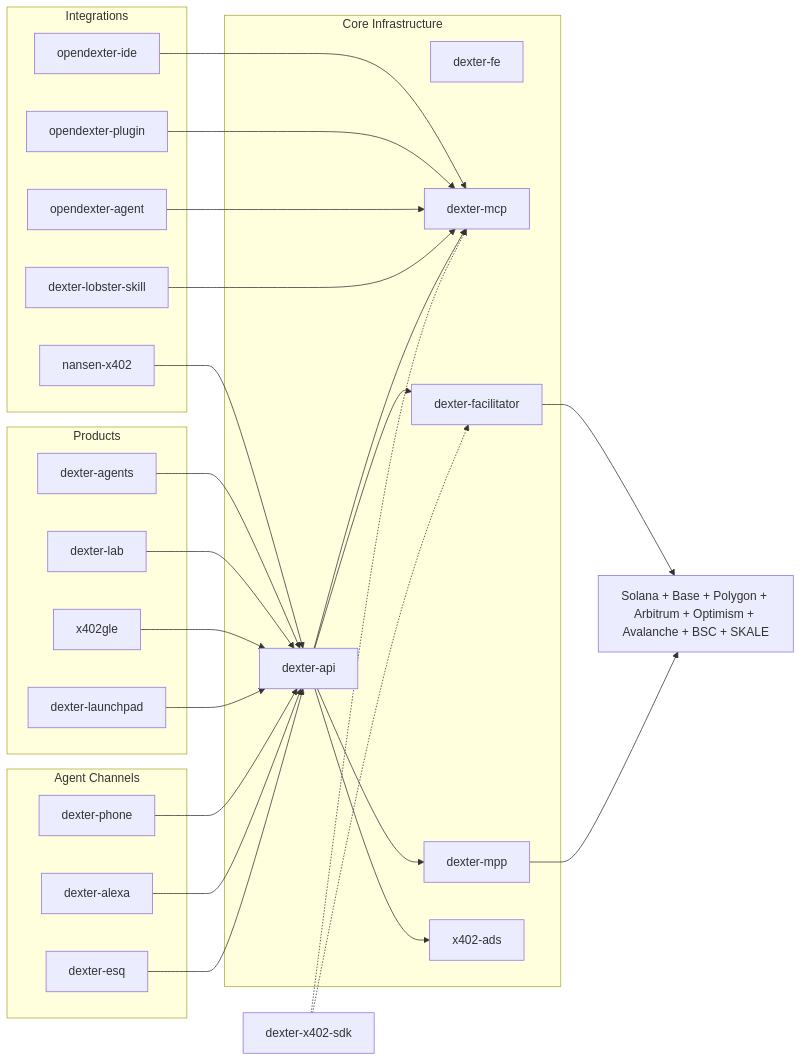
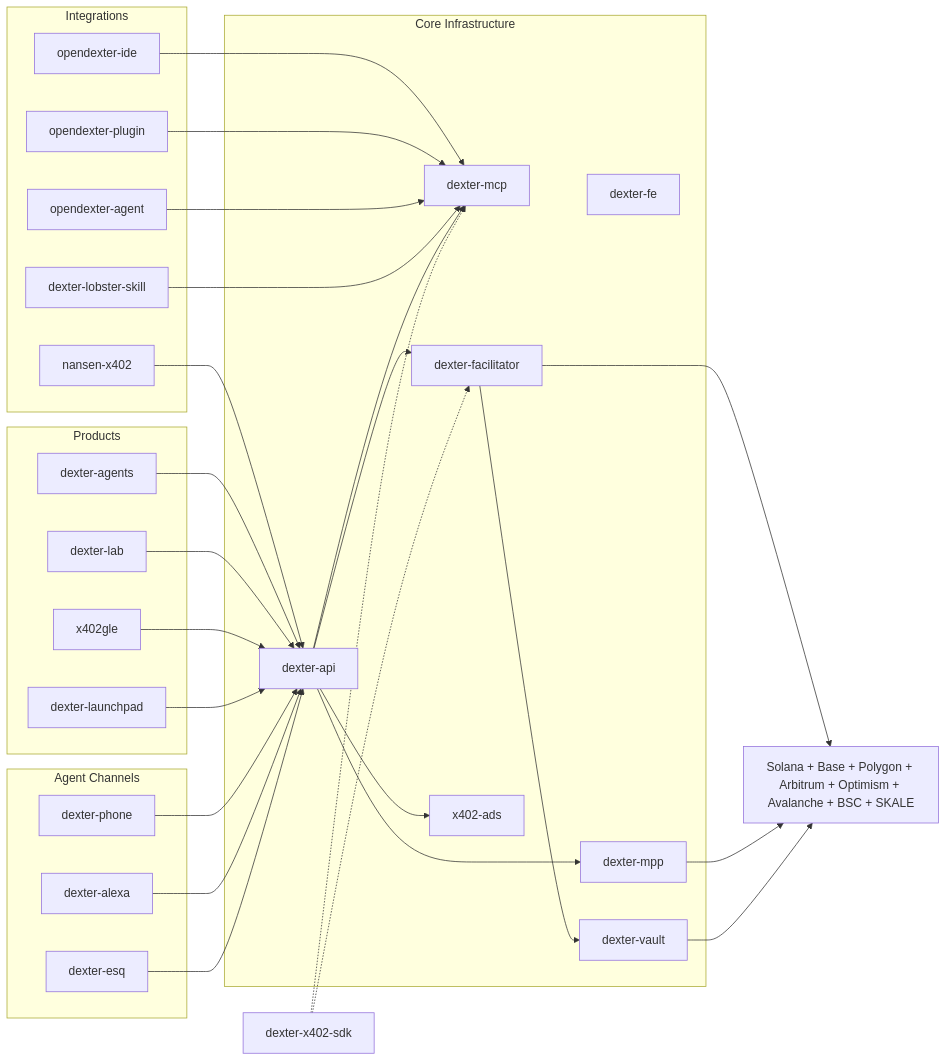
Before and after one commit to Dexter-DAO/.github: the diagram in profile/README.md, drawn with Mermaid. The commit also changed other lines of this file, not shown here.

Commit message:
docs: add dexter-vault to org profile
The non-custodial withdrawal gate was missing from both the architecture
diagram and the Core Infrastructure table. Add it as a core node wired
from the facilitator (which injects settle_voucher) to chains, plus a
table row.

````diff
--- a/profile/README.md
+++ b/profile/README.md
@@ -23,60 +23,63 @@
 ```mermaid
 flowchart LR
     subgraph integrations["Integrations"]
         ide["opendexter-ide"]
         odp["opendexter-plugin"]
         oda["opendexter-agent"]
         lobster["dexter-lobster-skill"]
         nansen["nansen-x402"]
     end
 
     subgraph products["Products"]
         agents["dexter-agents"]
         lab["dexter-lab"]
         explorer["x402gle"]
         launchpad["dexter-launchpad"]
     end
 
     subgraph core["Core Infrastructure"]
         api["dexter-api"]
         fe["dexter-fe"]
         mcp["dexter-mcp"]
         facilitator["dexter-facilitator"]
         mpp["dexter-mpp"]
+        vault["dexter-vault"]
         ads["x402-ads"]
     end
 
     subgraph channels["Agent Channels"]
         phone["dexter-phone"]
         alexa["dexter-alexa"]
         esq["dexter-esq"]
     end
 
     chains["Solana + Base + Polygon + Arbitrum + Optimism + Avalanche + BSC + SKALE"]
 
     ide --> mcp
     odp --> mcp
     oda --> mcp
     lobster --> mcp
     nansen --> api
 
     agents --> api
     lab --> api
     explorer --> api
     launchpad --> api
 
     phone --> api
     alexa --> api
     esq --> api
 
     api --> mcp
     api --> facilitator
     api --> mpp
     api --> ads
 
     facilitator --> chains
     mpp --> chains
+    facilitator --> vault
+    vault --> chains
 
     sdk["dexter-x402-sdk"] -.-> facilitator
     sdk -.-> mcp
 ```
````
